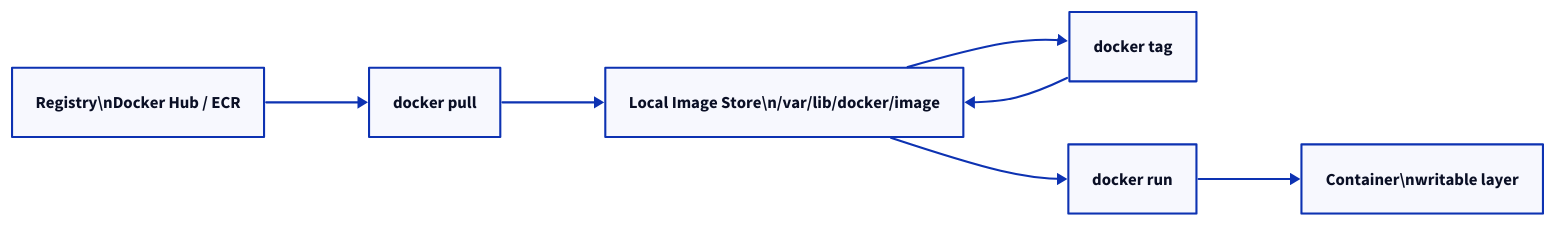
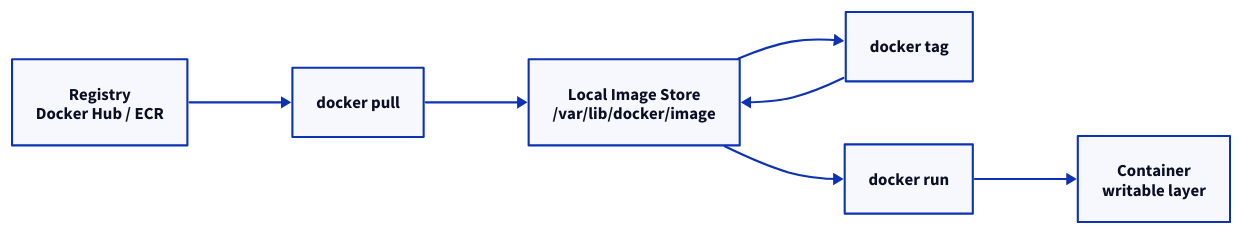
The diagram in docs/docker/working-with-docker-images.md (rebash-rebash/rebash-academy), drawn with D2 before and after one commit. The commit also changed 177 other files, not shown here.

First line of the commit message:
Ship Terraform track, diagram polish, and new brand favicon.

````diff
--- a/docs/docker/working-with-docker-images.md
+++ b/docs/docker/working-with-docker-images.md
@@ -56,16 +56,16 @@
 ```d2
 direction: right
 
-REG: "Registry\\nDocker Hub / ECR"
+REG: "Registry\nDocker Hub / ECR"
     PULL: "docker pull"
-    LOCAL: "Local Image Store\\n/var/lib/docker/image"
+    LOCAL: "Local Image Store\n/var/lib/docker/image"
     TAG: "docker tag"
     RUN: "docker run"
-    CONT: "Container\\nwritable layer"
+    CONT: "Container\nwritable layer"
     REG -> PULL
     PULL -> LOCAL
     LOCAL -> TAG
     TAG -> LOCAL
     LOCAL -> RUN
     RUN -> CONT
 ```
````
